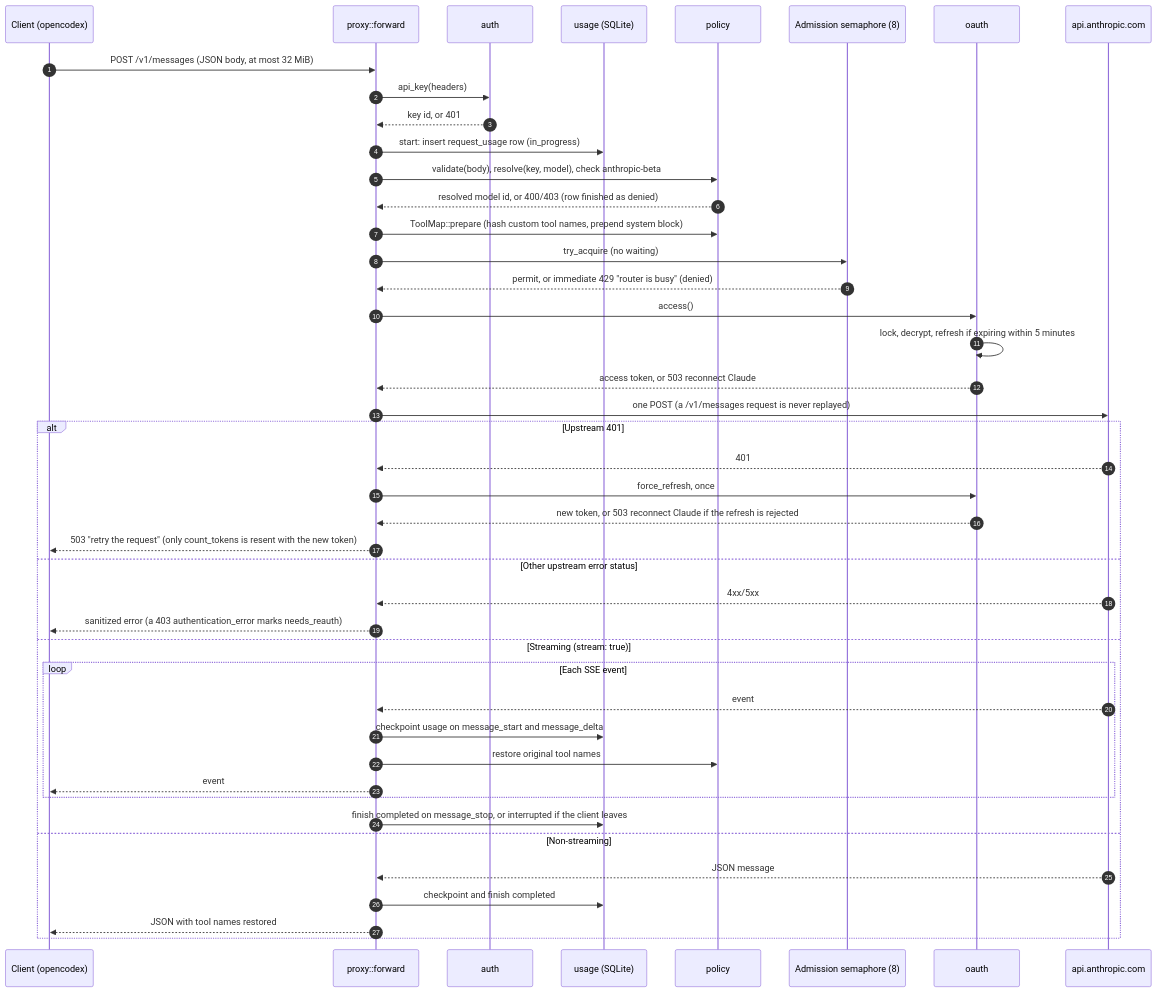
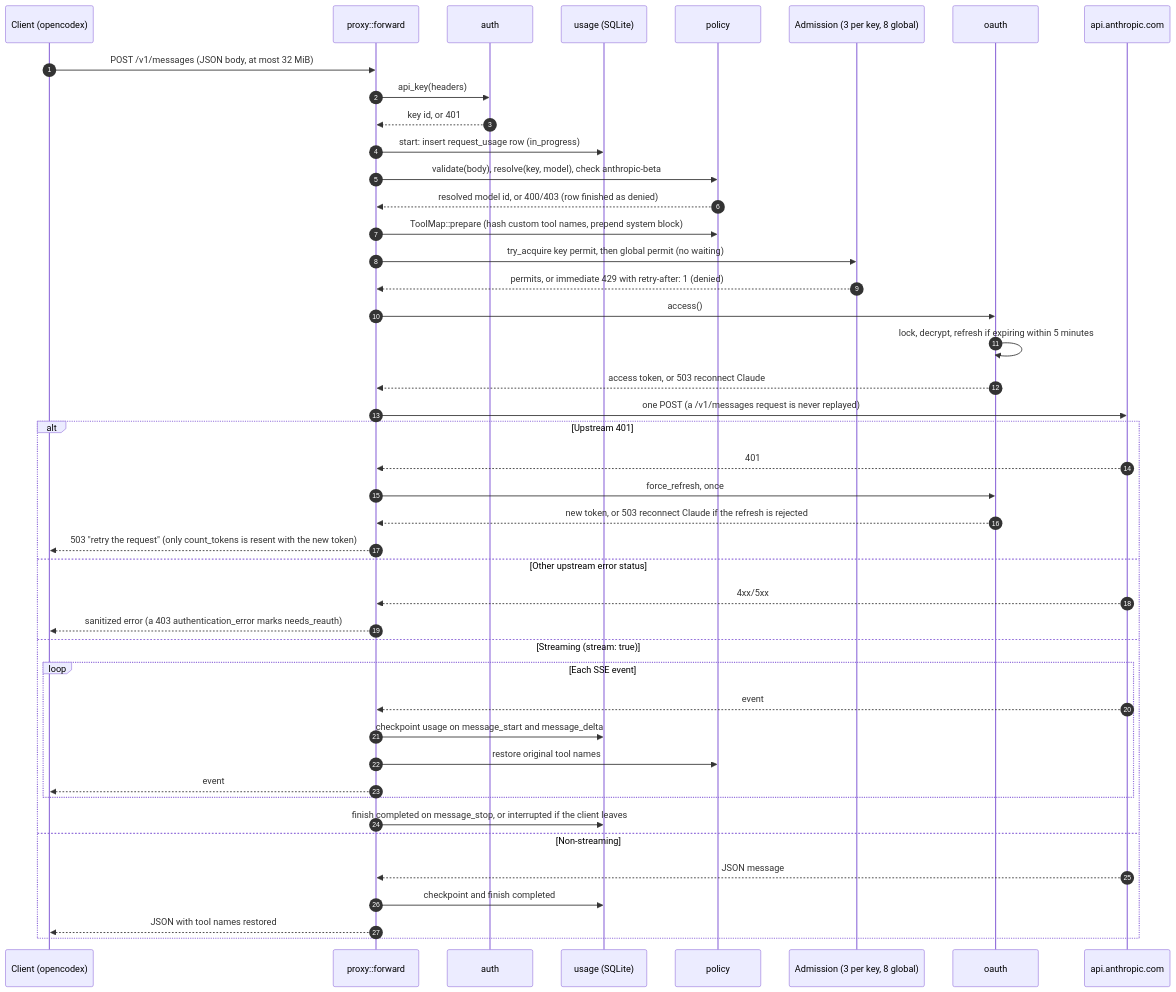
Before and after one commit to SobshDev/share_your_claude: the diagram in docs/architecture.md, drawn with Mermaid. The commit also changed other lines of this file and 2 other files, not shown here.

Commit message:
docs: document per-key, global, and token-count admission limits
Replace the single 8-request limit with the current rules: 3 per key, 8 global, a separate pool of 4 for count_tokens, and immediate 429s with retry-after: 1.

Closes #8

````diff
--- a/docs/architecture.md
+++ b/docs/architecture.md
@@ -25,47 +25,47 @@
 ```mermaid
 sequenceDiagram
     autonumber
     participant C as Client (opencodex)
     participant P as proxy::forward
     participant A as auth
     participant U as usage (SQLite)
     participant Pol as policy
-    participant S as Admission semaphore (8)
+    participant S as Admission (3 per key, 8 global)
     participant O as oauth
     participant Up as api.anthropic.com
 
     C->>P: POST /v1/messages (JSON body, at most 32 MiB)
     P->>A: api_key(headers)
     A-->>P: key id, or 401
     P->>U: start: insert request_usage row (in_progress)
     P->>Pol: validate(body), resolve(key, model), check anthropic-beta
     Pol-->>P: resolved model id, or 400/403 (row finished as denied)
     P->>Pol: ToolMap::prepare (hash custom tool names, prepend system block)
-    P->>S: try_acquire (no waiting)
-    S-->>P: permit, or immediate 429 "router is busy" (denied)
+    P->>S: try_acquire key permit, then global permit (no waiting)
+    S-->>P: permits, or immediate 429 with retry-after: 1 (denied)
     P->>O: access()
     O->>O: lock, decrypt, refresh if expiring within 5 minutes
     O-->>P: access token, or 503 reconnect Claude
     P->>Up: one POST (a /v1/messages request is never replayed)
     alt Upstream 401
         Up-->>P: 401
         P->>O: force_refresh, once
         O-->>P: new token, or 503 reconnect Claude if the refresh is rejected
         P-->>C: 503 "retry the request" (only count_tokens is resent with the new token)
     else Other upstream error status
         Up-->>P: 4xx/5xx
         P-->>C: sanitized error (a 403 authentication_error marks needs_reauth)
     else Streaming (stream: true)
         loop Each SSE event
             Up-->>P: event
             P->>U: checkpoint usage on message_start and message_delta
             P->>Pol: restore original tool names
             P-->>C: event
         end
         P->>U: finish completed on message_stop, or interrupted if the client leaves
     else Non-streaming
         Up-->>P: JSON message
         P->>U: checkpoint and finish completed
         P-->>C: JSON with tool names restored
     end
 ```
````
